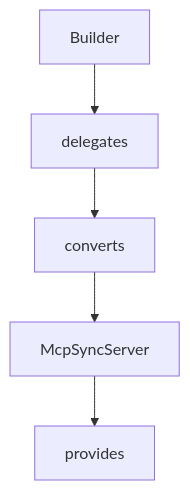
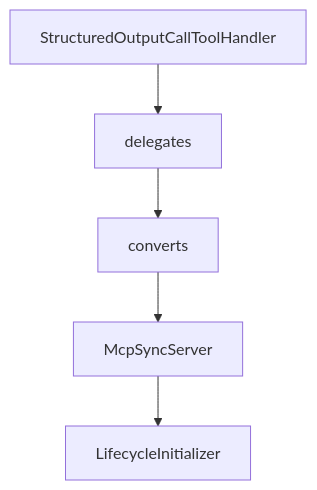
One commit to johnxie/awesome-code-docs changed the diagram in tutorials/mcp-java-sdk-tutorial/04-server-transports-and-deployment-patterns.md. Above: the diagram before and after it, drawn with Mermaid. The commit also changed other lines of this file and 1232 other files, not shown here.

````diff
--- a/tutorials/mcp-java-sdk-tutorial/04-server-transports-and-deployment-patterns.md
+++ b/tutorials/mcp-java-sdk-tutorial/04-server-transports-and-deployment-patterns.md
@@ -214,12 +212,12 @@
 ```mermaid
 flowchart TD
-    A[Builder]
+    A[StructuredOutputCallToolHandler]
     B[delegates]
     C[converts]
     D[McpSyncServer]
-    E[provides]
+    E[LifecycleInitializer]
     A --> B
     B --> C
     C --> D
     D --> E
 ```
````
